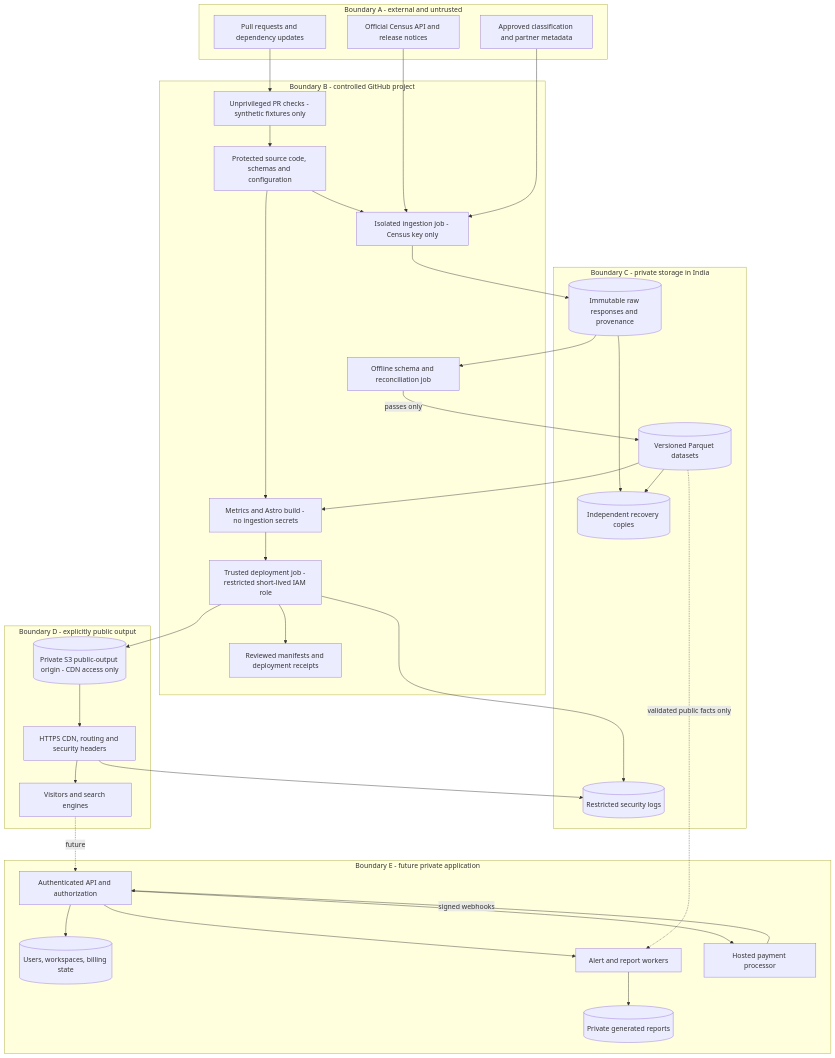
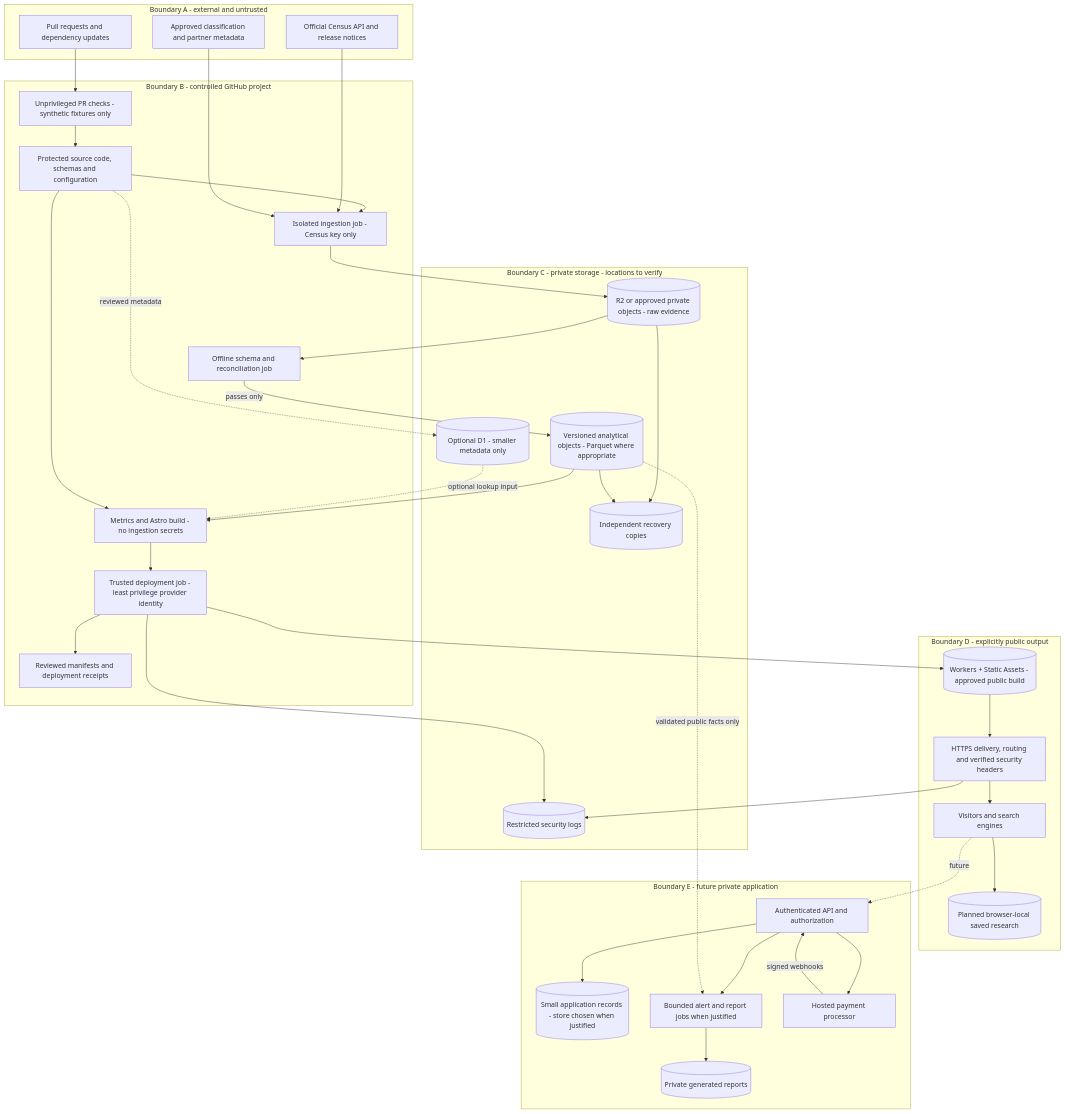
One commit to Vasuki8/us-trade-explorer changed the diagram in docs/design/01-architecture.md. Above: the diagram before and after it, drawn with Mermaid. The commit also changed other lines of this file and 17 other files, not shown here.

````diff
--- a/docs/design/01-architecture.md
+++ b/docs/design/01-architecture.md
@@ -17,55 +18,60 @@
 ```mermaid
 flowchart TB
   subgraph EXT[Boundary A - external and untrusted]
     Census[Official Census API and release notices]
     Class[Approved classification and partner metadata]
     PR[Pull requests and dependency updates]
   end
   subgraph GH[Boundary B - controlled GitHub project]
     Repo[Protected source code, schemas and configuration]
     Check[Unprivileged PR checks - synthetic fixtures only]
     Fetch[Isolated ingestion job - Census key only]
     Validate[Offline schema and reconciliation job]
     Build[Metrics and Astro build - no ingestion secrets]
-    Publish[Trusted deployment job - restricted short-lived IAM role]
+    Publish[Trusted deployment job - least privilege provider identity]
     Manifest[Reviewed manifests and deployment receipts]
   end
-  subgraph PRIVATE[Boundary C - private storage in India]
-    Raw[(Immutable raw responses and provenance)]
-    Normal[(Versioned Parquet datasets)]
+  subgraph PRIVATE[Boundary C - private storage - locations to verify]
+    Raw[(R2 or approved private objects - raw evidence)]
+    Normal[(Versioned analytical objects - Parquet where appropriate)]
+    Meta[(Optional D1 - smaller metadata only)]
     Backup[(Independent recovery copies)]
     Logs[(Restricted security logs)]
   end
   subgraph PUBLIC[Boundary D - explicitly public output]
-    Origin[(Private S3 public-output origin - CDN access only)]
-    CDN[HTTPS CDN, routing and security headers]
+    Origin[(Workers + Static Assets - approved public build)]
+    CDN[HTTPS delivery, routing and verified security headers]
     Visitor[Visitors and search engines]
+    Local[(Planned browser-local saved research)]
   end
   subgraph FUTURE[Boundary E - future private application]
     API[Authenticated API and authorization]
-    DB[(Users, workspaces, billing state)]
-    Queue[Alert and report workers]
+    DB[(Small application records - store chosen when justified)]
+    Queue[Bounded alert and report jobs when justified]
     Files[(Private generated reports)]
     PSP[Hosted payment processor]
   end
   PR --> Check --> Repo
   Repo --> Fetch
   Census --> Fetch
   Class --> Fetch
   Fetch --> Raw --> Validate
   Validate -->|passes only| Normal
   Normal --> Build --> Publish
+  Repo -. reviewed metadata .-> Meta
+  Meta -. optional lookup input .-> Build
   Repo --> Build
   Publish --> Origin --> CDN --> Visitor
+  Visitor --> Local
   Publish --> Manifest
   Raw --> Backup
   Normal --> Backup
   CDN --> Logs
   Publish --> Logs
   Visitor -. future .-> API
   API --> DB
   API --> Queue --> Files
   API --> PSP
   PSP -->|signed webhooks| API
   Normal -. validated public facts only .-> Queue
 ```
````
